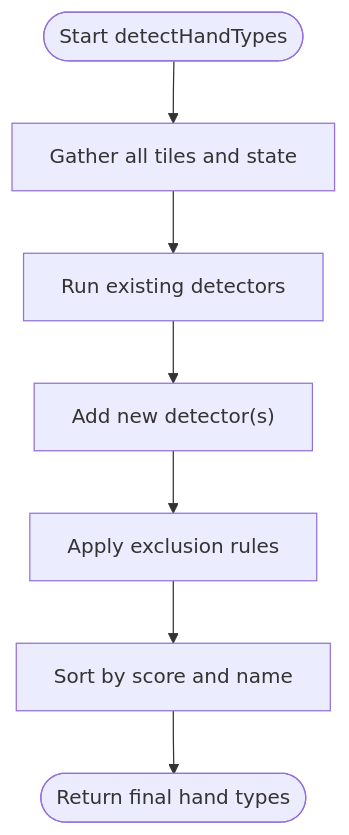
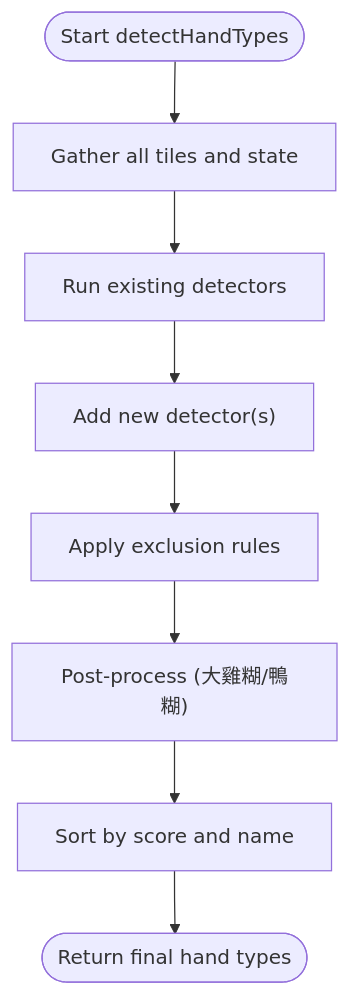
Before and after one commit to stc05168/ov-mj-calculator: the third of 5 diagrams in .qoder/repowiki/en/content/Development Guide/Development Guide.md, drawn with Mermaid. The commit also changed other lines of this file and 69 other files, not shown here.

````diff
--- a/.qoder/repowiki/en/content/Development Guide/Development Guide.md
+++ b/.qoder/repowiki/en/content/Development Guide/Development Guide.md
@@ -124,9 +192,10 @@
 ```mermaid
 flowchart TD
 Start(["Start detectHandTypes"]) --> Gather["Gather all tiles and state"]
 Gather --> DetectA["Run existing detectors"]
 DetectA --> AddNew["Add new detector(s)"]
 AddNew --> ApplyExclusions["Apply exclusion rules"]
-ApplyExclusions --> Sort["Sort by score and name"]
+ApplyExclusions --> PostProcess["Post-process (大雞糊/鴨糊)"]
+PostProcess --> Sort["Sort by score and name"]
 Sort --> End(["Return final hand types"])
 ```
````
